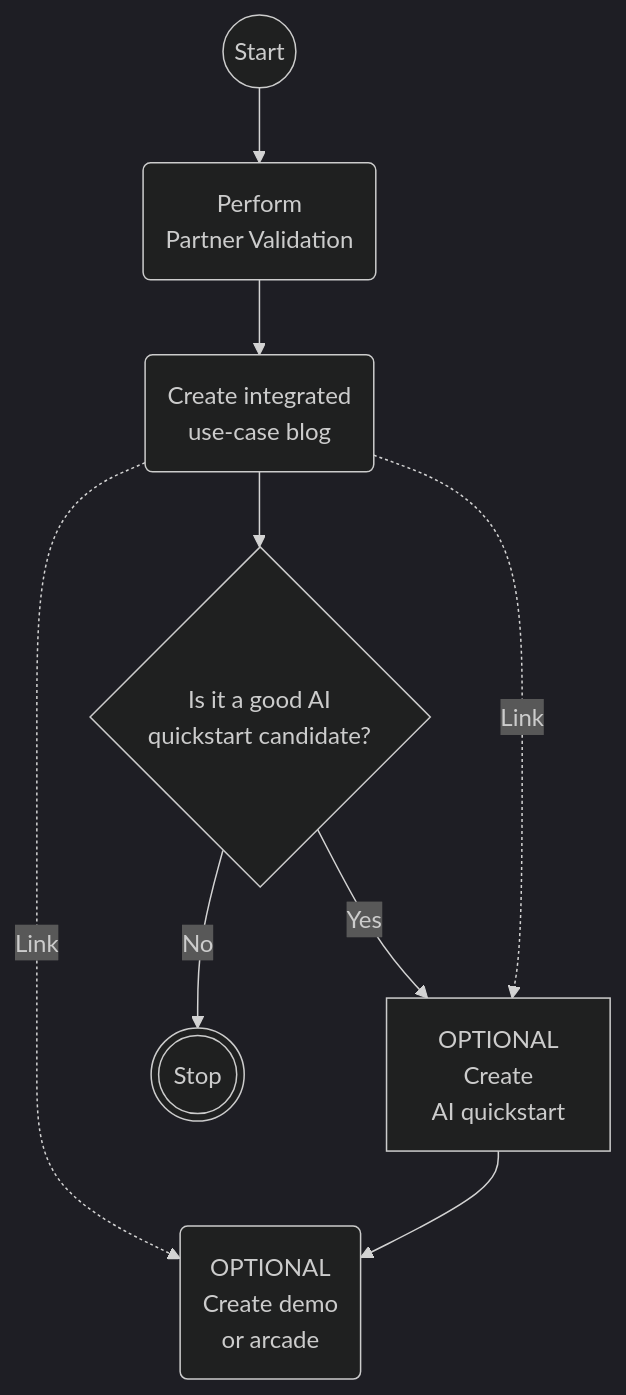
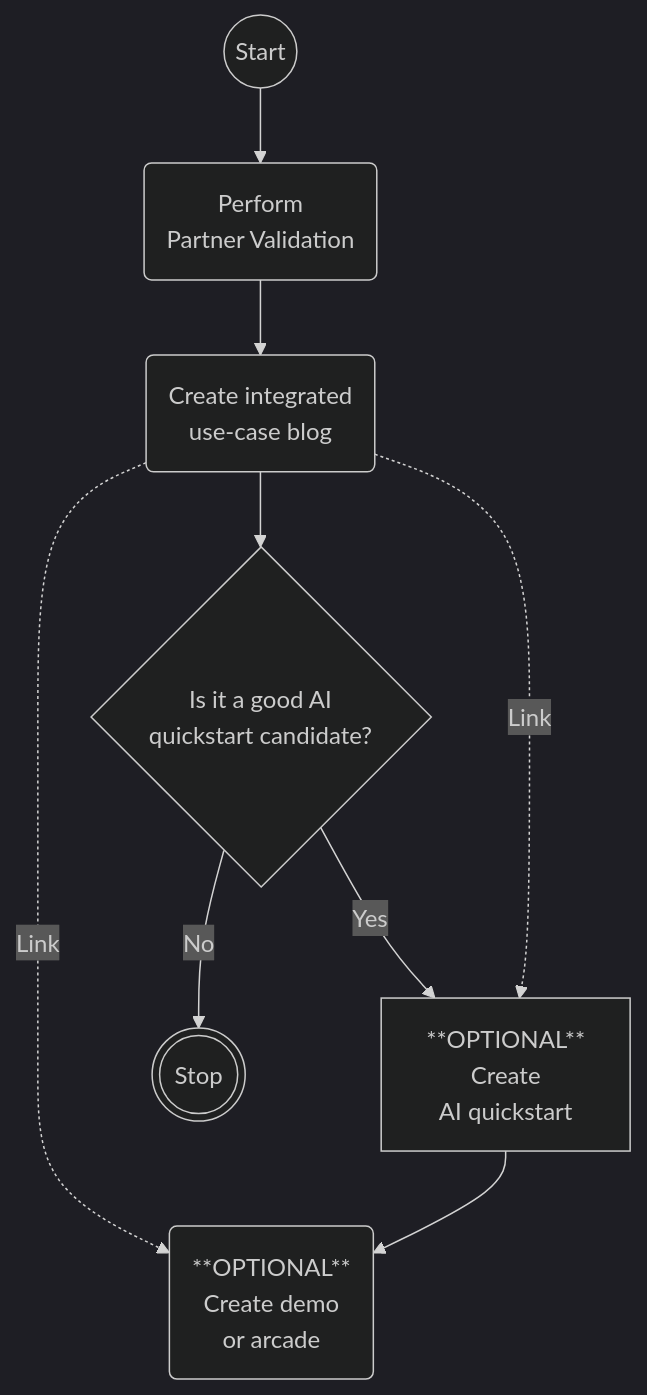
The diagram in README.md (seanmerrow/homelab), drawn with Mermaid (dark theme) before and after one commit.

Commit message:
Enhance emphasis on optional steps in README

````diff
--- a/README.md
+++ b/README.md
@@ -3,11 +3,11 @@
 ```mermaid
 flowchart TD
     S@{ shape: circ, label: "Start" } -->A("Perform\nPartner Validation")
     A -->B("Create integrated\nuse-case blog")
     B -->C{"Is it a good AI\nquickstart candidate?"}
     B -.->|Link| F
-    C -->|Yes| D["OPTIONAL\nCreate\nAI quickstart"]
+    C -->|Yes| D["**OPTIONAL**\nCreate\nAI quickstart"]
     B -.->|Link| D
     C -->|No| E@{ shape: dbl-circ, label: "Stop" }
-    D -->F("OPTIONAL\nCreate demo\nor arcade")
+    D -->F("**OPTIONAL**\nCreate demo\nor arcade")
 ```
````
